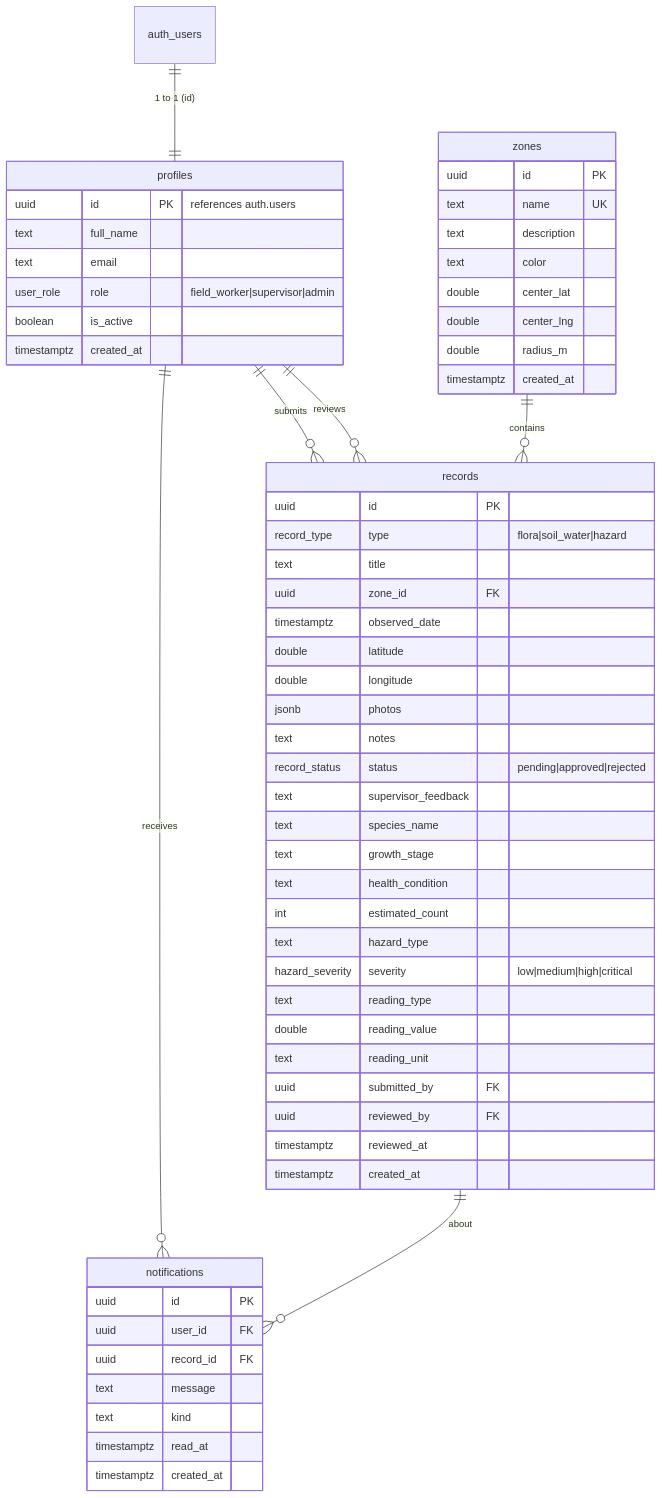
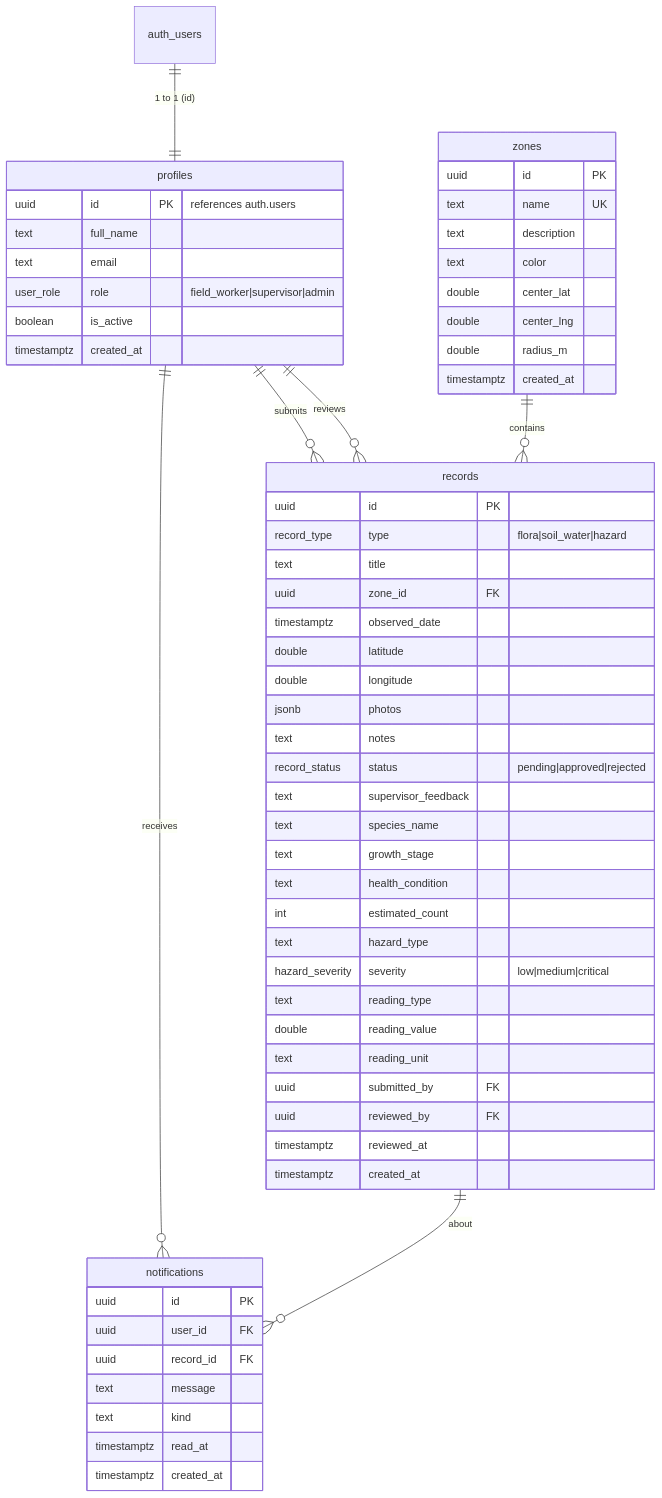
One commit to yezawtun-afk/millennia-fieldops changed the diagram in docs/DATABASE.md. Above: the diagram before and after it, drawn with Mermaid. The commit also changed other lines of this file and 25 other files, not shown here.

````diff
--- a/docs/DATABASE.md
+++ b/docs/DATABASE.md
@@ -8,66 +8,66 @@
 ```mermaid
 erDiagram
     auth_users ||--|| profiles : "1 to 1 (id)"
     profiles ||--o{ records : "submits"
     profiles ||--o{ records : "reviews"
     profiles ||--o{ notifications : "receives"
     zones ||--o{ records : "contains"
     records ||--o{ notifications : "about"
 
     profiles {
         uuid id PK "references auth.users"
         text full_name
         text email
         user_role role "field_worker|supervisor|admin"
         boolean is_active
         timestamptz created_at
     }
 
     zones {
         uuid id PK
         text name UK
         text description
         text color
         double center_lat
         double center_lng
         double radius_m
         timestamptz created_at
     }
 
     records {
         uuid id PK
         record_type type "flora|soil_water|hazard"
         text title
         uuid zone_id FK
         timestamptz observed_date
         double latitude
         double longitude
         jsonb photos
         text notes
         record_status status "pending|approved|rejected"
         text supervisor_feedback
         text species_name
         text growth_stage
         text health_condition
         int estimated_count
         text hazard_type
-        hazard_severity severity "low|medium|high|critical"
+        hazard_severity severity "low|medium|critical"
         text reading_type
         double reading_value
         text reading_unit
         uuid submitted_by FK
         uuid reviewed_by FK
         timestamptz reviewed_at
         timestamptz created_at
     }
 
     notifications {
         uuid id PK
         uuid user_id FK
         uuid record_id FK
         text message
         text kind
         timestamptz read_at
         timestamptz created_at
     }
 ```
````
